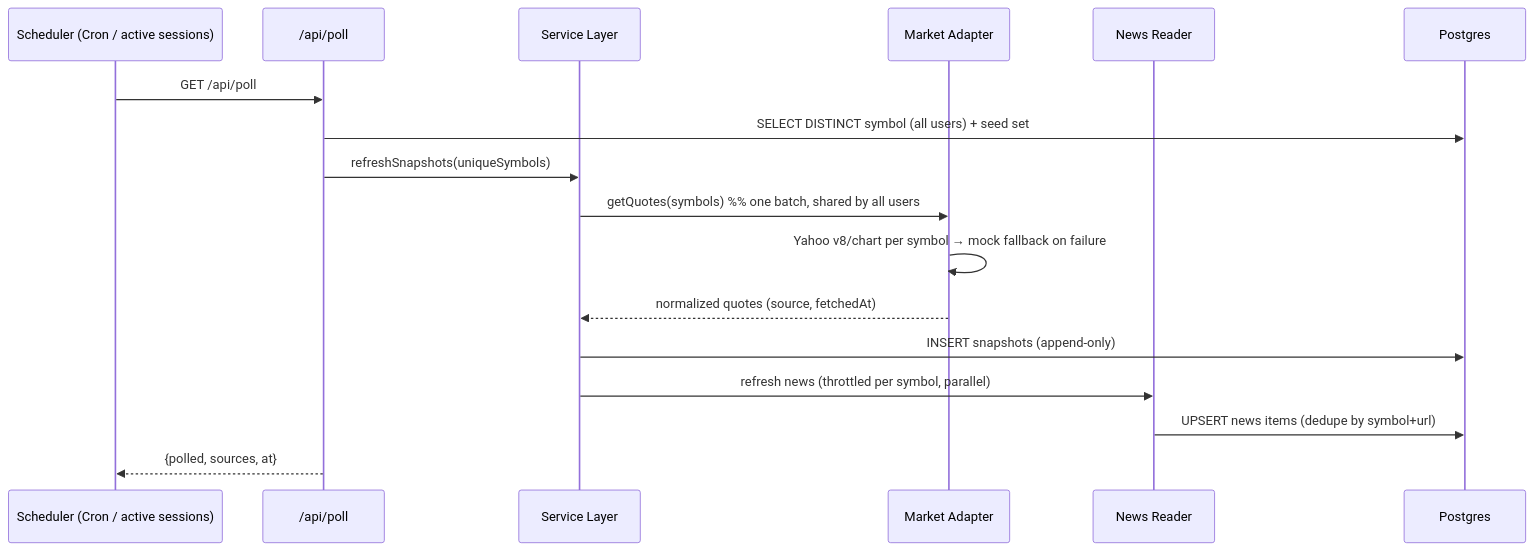
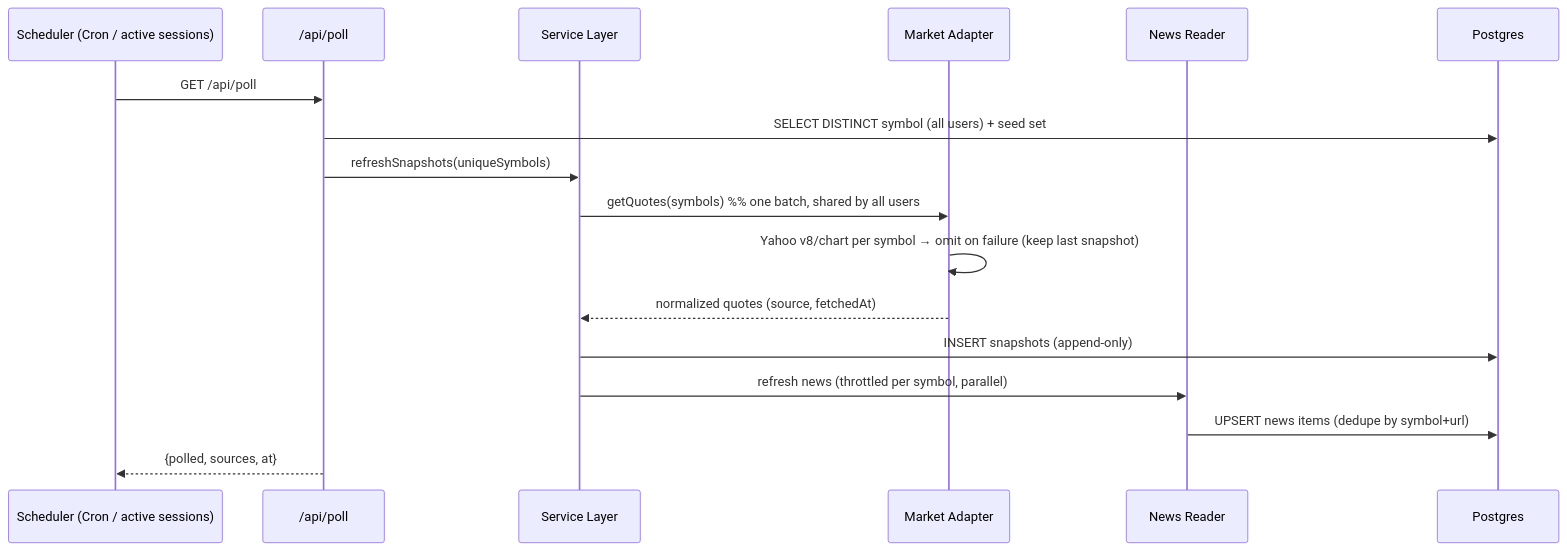
One commit to RukminiVelidi/groww-smart-watchlist changed the third of 4 diagrams in DESIGN.md. Above: the diagram before and after it, drawn with Mermaid. The commit also changed other lines of this file and 10 other files, not shown here.

Commit message:
Integrity pass: remove fabricating mock + guessed circuit signal; real per-stock realized volatility; empty seed list; honest docs

````diff
--- a/DESIGN.md
+++ b/DESIGN.md
@@ -175,20 +175,20 @@
 ```mermaid
 sequenceDiagram
     participant C as Scheduler (Cron / active sessions)
     participant P as /api/poll
     participant S as Service Layer
     participant ADP as Market Adapter
     participant NEWS as News Reader
     participant DB as Postgres
 
     C->>P: GET /api/poll
     P->>DB: SELECT DISTINCT symbol (all users) + seed set
     P->>S: refreshSnapshots(uniqueSymbols)
     S->>ADP: getQuotes(symbols)   %% one batch, shared by all users
-    ADP->>ADP: Yahoo v8/chart per symbol → mock fallback on failure
+    ADP->>ADP: Yahoo v8/chart per symbol → omit on failure (keep last snapshot)
     ADP-->>S: normalized quotes (source, fetchedAt)
     S->>DB: INSERT snapshots (append-only)
     S->>NEWS: refresh news (throttled per symbol, parallel)
     NEWS->>DB: UPSERT news items (dedupe by symbol+url)
     P-->>C: {polled, sources, at}
 ```
````
